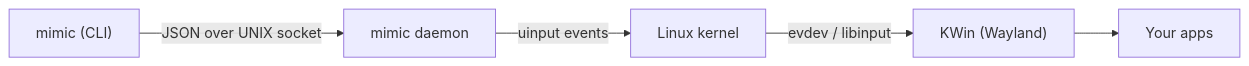
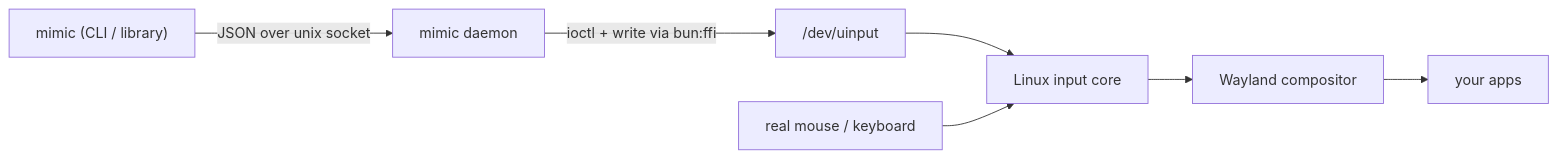
One commit to juicerq/mimic changed the diagram in README.md. Above: the diagram before and after it, drawn with Mermaid. The commit also changed other lines of this file and 25 other files, not shown here.

First line of the commit message:
feat: rewrite in TypeScript on Bun via bun:ffi

````diff
--- a/README.md
+++ b/README.md
@@ -35,7 +33,9 @@
 ```mermaid
 flowchart LR
-    A["mimic (CLI)"] -- "JSON over UNIX socket" --> B["mimic daemon"]
-    B -- "uinput events" --> C["Linux kernel"]
-    C -- "evdev / libinput" --> D["KWin (Wayland)"]
-    D --> E["Your apps"]
+  cli["mimic (CLI / library)"] -->|"JSON over unix socket"| daemon["mimic daemon"]
+  daemon -->|"ioctl + write via bun:ffi"| dev["/dev/uinput"]
+  dev --> core["Linux input core"]
+  core --> comp["Wayland compositor"]
+  comp --> apps["your apps"]
+  hw["real mouse / keyboard"] --> core
 ```
````
